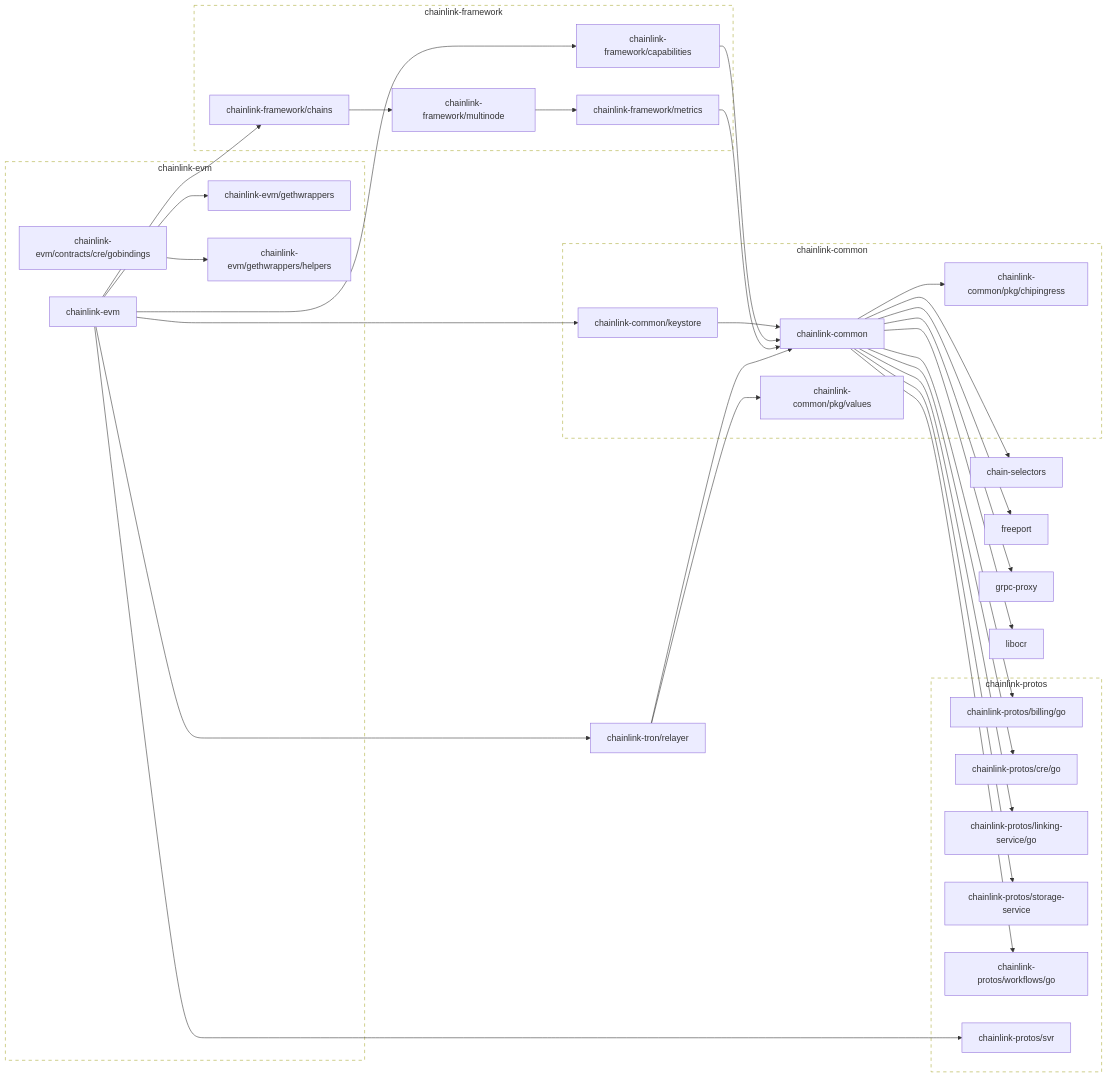
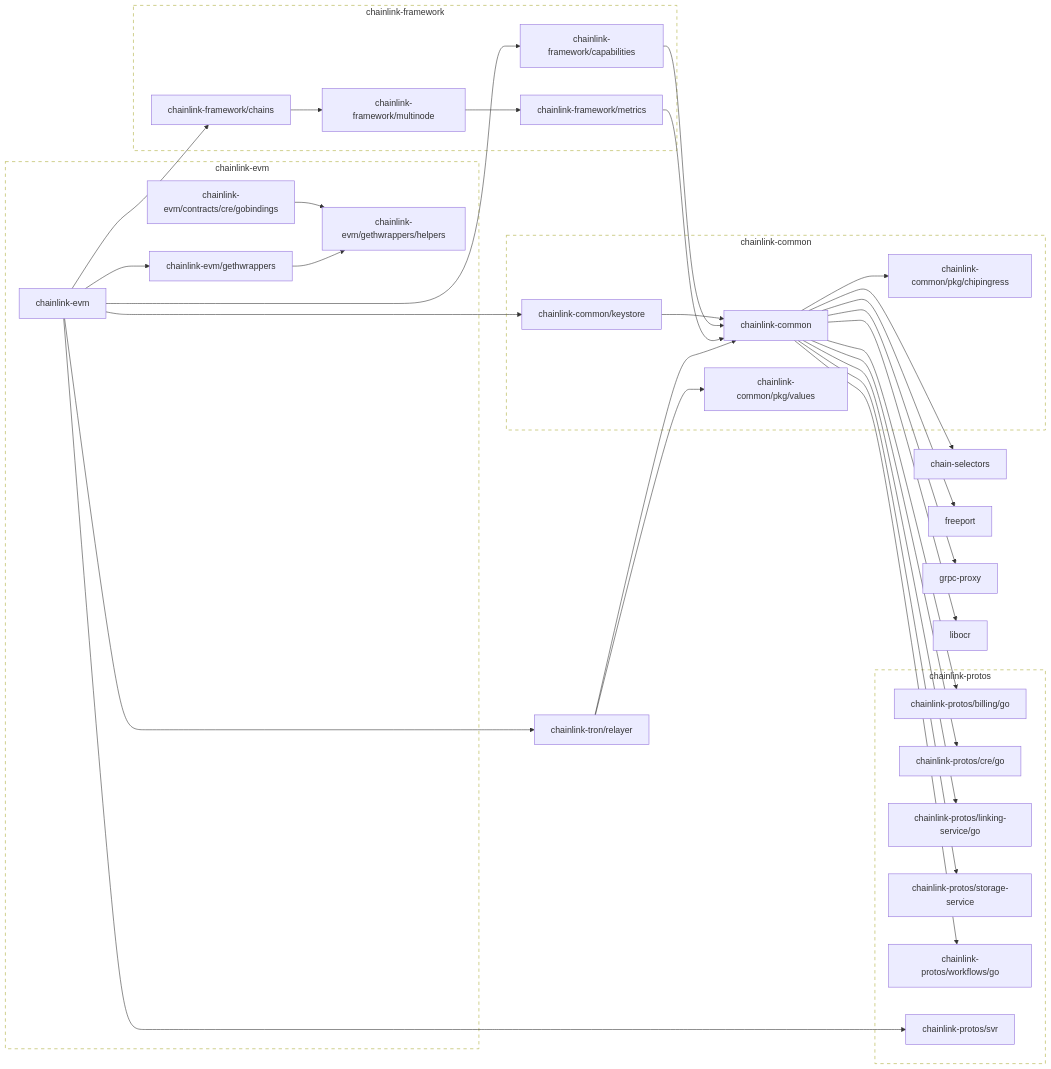
Before and after one commit to smartcontractkit/chainlink-evm: the diagram in go.md, drawn with Mermaid. The commit also changed 29 other files, not shown here.

```diff
--- a/go.md
+++ b/go.md
@@ -30,7 +30,7 @@
 	click chainlink-evm href "https://github.com/smartcontractkit/chainlink-evm"
 	chainlink-evm/contracts/cre/gobindings --> chainlink-evm/gethwrappers/helpers
 	click chainlink-evm/contracts/cre/gobindings href "https://github.com/smartcontractkit/chainlink-evm"
-	chainlink-evm/gethwrappers
+	chainlink-evm/gethwrappers --> chainlink-evm/gethwrappers/helpers
 	click chainlink-evm/gethwrappers href "https://github.com/smartcontractkit/chainlink-evm"
 	chainlink-evm/gethwrappers/helpers
 	click chainlink-evm/gethwrappers/helpers href "https://github.com/smartcontractkit/chainlink-evm"
```
